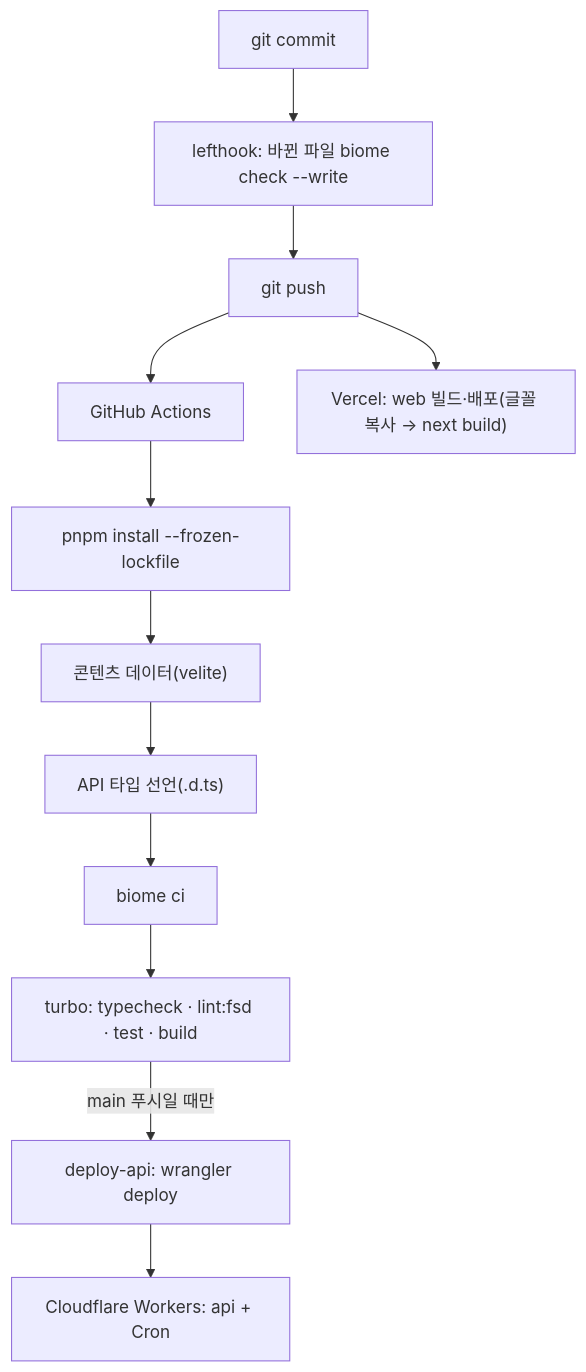
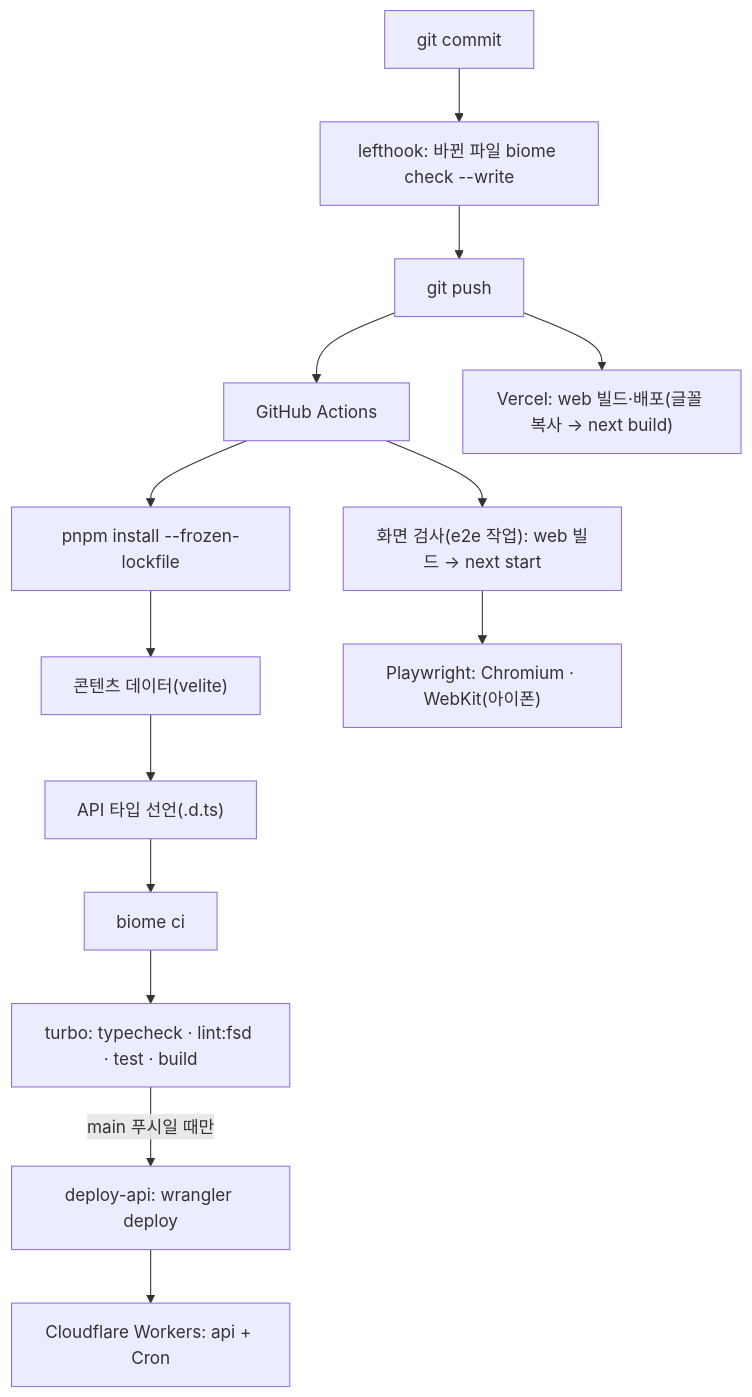
Diagram 12 of 16 in app-flow.md (arqhive/arqhive-web), drawn with Mermaid before and after one commit. The commit also changed other lines of this file and 2 other files, not shown here.

Commit message:
CI: 화면 검사(e2e) 작업 추가
web 빌드(Actions 기본 토큰으로 GitHub 읽기) → Playwright 브라우저(캐시) → pnpm e2e. 실패하면 보고서를 올린다.
검사(check)와 나란히 돌고 API 배포는 막지 않는다. app-flow 11절·README 갱신.

````diff
--- a/app-flow.md
+++ b/app-flow.md
@@ -283,9 +283,10 @@
 ```mermaid
 flowchart TB
   commit["git commit"] --> hook["lefthook: 바뀐 파일 biome check --write"]
   hook --> push["git push"]
   push --> ci["GitHub Actions"]
   ci --> c1["pnpm install --frozen-lockfile"] --> c2["콘텐츠 데이터(velite)"] --> c3["API 타입 선언(.d.ts)"] --> c4["biome ci"] --> c5["turbo: typecheck · lint:fsd · test · build"]
+  ci --> e1["화면 검사(e2e 작업): web 빌드 → next start"] --> e2["Playwright: Chromium · WebKit(아이폰)"]
   push --> vercel["Vercel: web 빌드·배포(글꼴 복사 → next build)"]
   c5 -- "main 푸시일 때만" --> deploy["deploy-api: wrangler deploy"] --> workers["Cloudflare Workers: api + Cron"]
 ```
````
